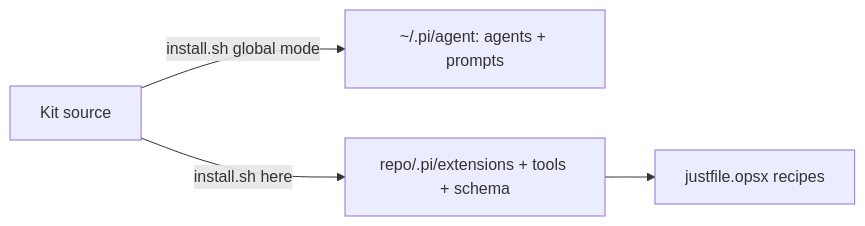
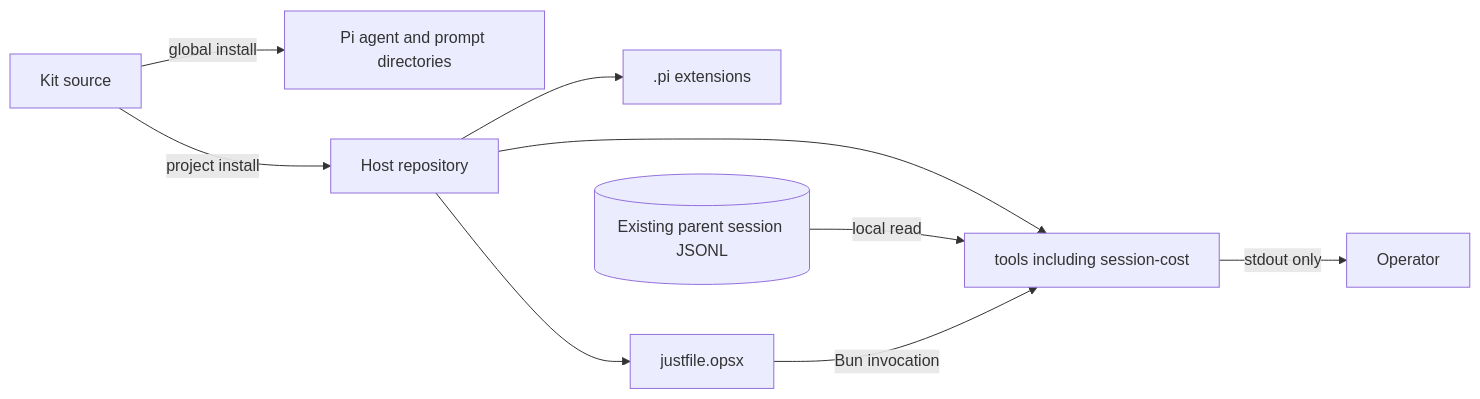
One commit to sjramblings/pi-opsx-dev-reviewer changed the diagram in docs/architecture/07-deployment-view.md. Above: the diagram before and after it, drawn with Mermaid. The commit also changed other lines of this file and 348 other files, not shown here.

````diff
--- a/docs/architecture/07-deployment-view.md
+++ b/docs/architecture/07-deployment-view.md
@@ -30,6 +22,12 @@
 ```mermaid
 flowchart LR
-  repo[Kit source] -->|install.sh global mode| pi[~/.pi/agent: agents + prompts]
-  repo -->|install.sh here| proj[repo/.pi/extensions + tools + schema]
-  proj --> just[justfile.opsx recipes]
+  source[Kit source]
+  source -->|global install| piHome[Pi agent and prompt directories]
+  source -->|project install| host[Host repository]
+  host --> extensions[.pi extensions]
+  host --> tools[tools including session-cost]
+  host --> recipes[justfile.opsx]
+  session[(Existing parent session JSONL)] -->|local read| tools
+  recipes -->|Bun invocation| tools
+  tools -->|stdout only| operator[Operator]
 ```
````
